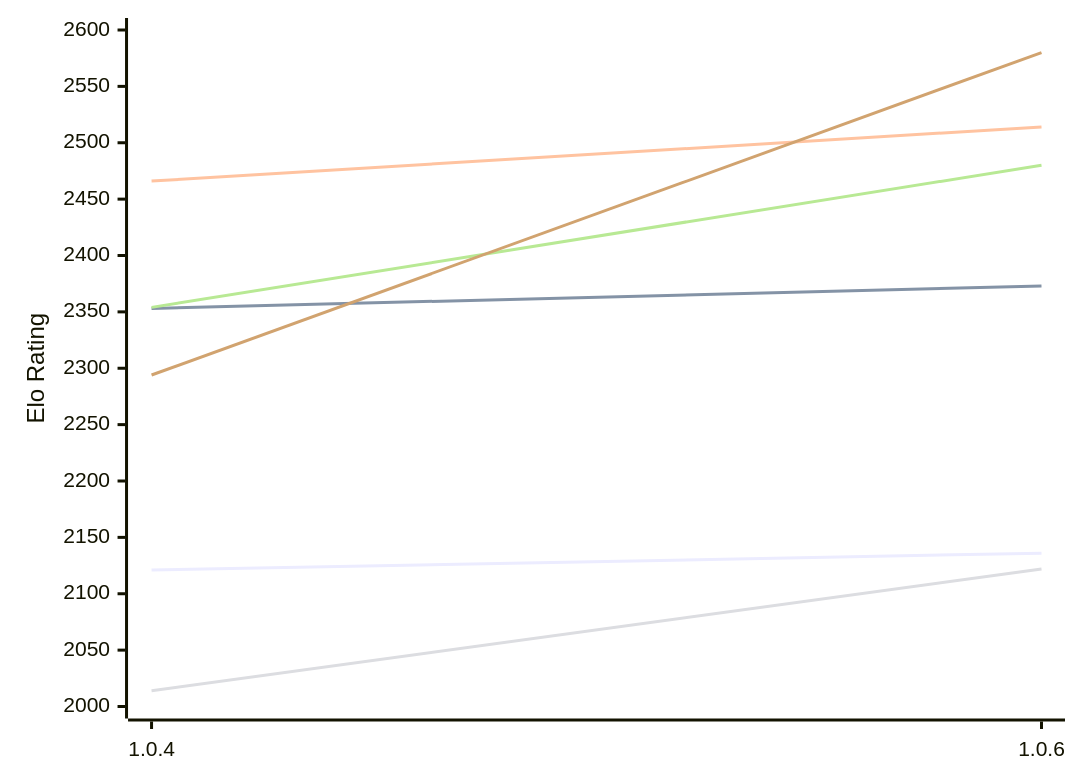
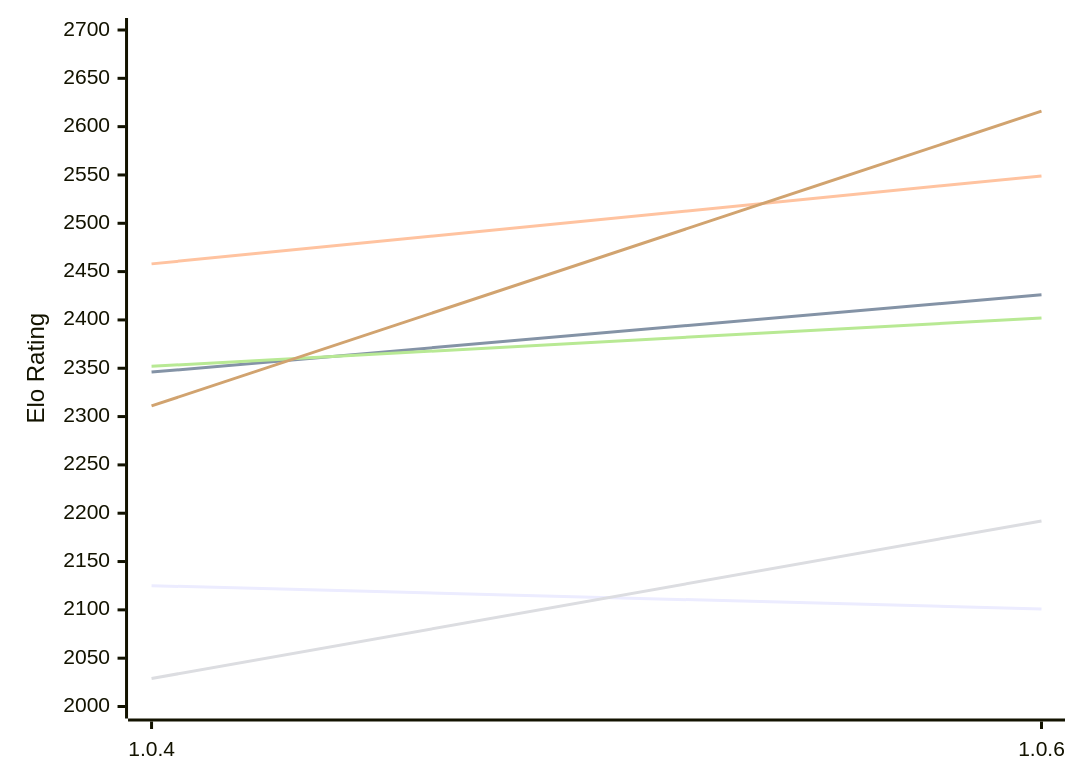
Before and after one commit to computer-chess-index/cci: the diagram in engines/Ankax.md, drawn with Mermaid. The commit also changed other lines of this file, not shown here.

Commit message:
Update CCI Ratings (ELO VLTC) - 2026-11-17

````diff
--- a/engines/Ankax.md
+++ b/engines/Ankax.md
@@ -49,12 +49,12 @@
 ```mermaid
 %%{init: {"theme":"base","themeVariables":{"seriesColors:['#a3a3a3','#222221','#faa371']}}}%%
 xychart-beta
   x-axis ["1.0.4", "1.0.6"]
-  y-axis "Elo Rating" 2000 --> 2600
-  line "E1: STC (8.0+0.08s)" [2121, 2136]
-  line "E1: LTC (60.0+0.60s)" [2353, 2373]
-  line "E1: VLTC (2m24s+1.12s)" [2466, 2514]
-  line "P1: STC (8.0+0.08s)" [2014, 2122]
-  line "P1: LTC (60.0+0.60s)" [2354, 2480]
-  line "P1: VLTC (2m24s+1.12s)" [2294, 2580]
+  y-axis "Elo Rating" 2000 --> 2700
+  line "E1: STC (8.0+0.08s)" [2125, 2101]
+  line "E1: LTC (60.0+0.60s)" [2346, 2426]
+  line "E1: VLTC (2m24s+1.12s)" [2458, 2549]
+  line "P1: STC (8.0+0.08s)" [2029, 2192]
+  line "P1: LTC (60.0+0.60s)" [2352, 2402]
+  line "P1: VLTC (2m24s+1.12s)" [2311, 2616]
 ```
````
